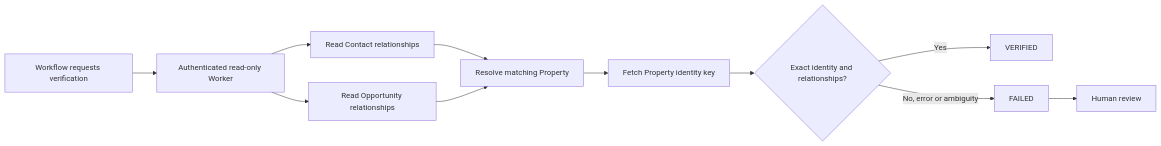
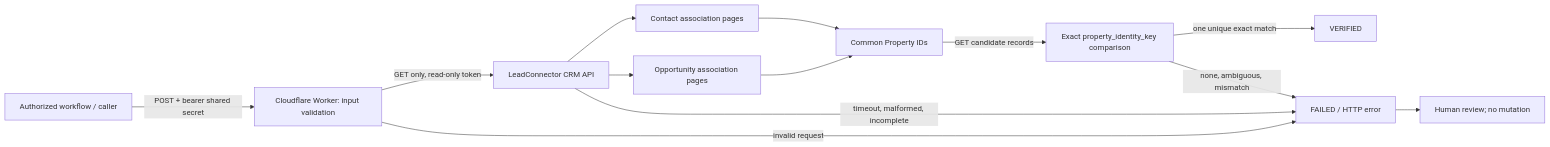
Before and after one commit to JoelGPascal/crm-association-verifier: the diagram in docs/architecture.md, drawn with Mermaid. The commit also changed other lines of this file, not shown here.

Commit message:
docs: add evidence-scoped architecture and reproducible synthetic demo

````diff
--- a/docs/architecture.md
+++ b/docs/architecture.md
@@ -3,13 +5,15 @@
 ```mermaid
 flowchart LR
-  A[Workflow requests verification] --> B[Authenticated read-only Worker]
-  B --> C[Read Contact relationships]
-  B --> D[Read Opportunity relationships]
-  C --> E[Resolve matching Property]
-  D --> E
-  E --> F[Fetch Property identity key]
-  F --> G{Exact identity and relationships?}
-  G -->|Yes| H[VERIFIED]
-  G -->|No, error or ambiguity| I[FAILED]
-  I --> J[Human review]
+  Caller[Authorized workflow / caller] -->|POST + bearer shared secret| Gate[Cloudflare Worker: input validation]
+  Gate -->|GET only, read-only token| CRM[LeadConnector CRM API]
+  CRM --> Contacts[Contact association pages]
+  CRM --> Opps[Opportunity association pages]
+  Contacts --> Intersection[Common Property IDs]
+  Opps --> Intersection
+  Intersection -->|GET candidate records| Identity[Exact property_identity_key comparison]
+  Identity -->|one unique exact match| Verified[VERIFIED]
+  Gate -->|invalid request| Failed[FAILED / HTTP error]
+  CRM -->|timeout, malformed, incomplete| Failed
+  Identity -->|none, ambiguous, mismatch| Failed
+  Failed --> Human[Human review; no mutation]
 ```
````
